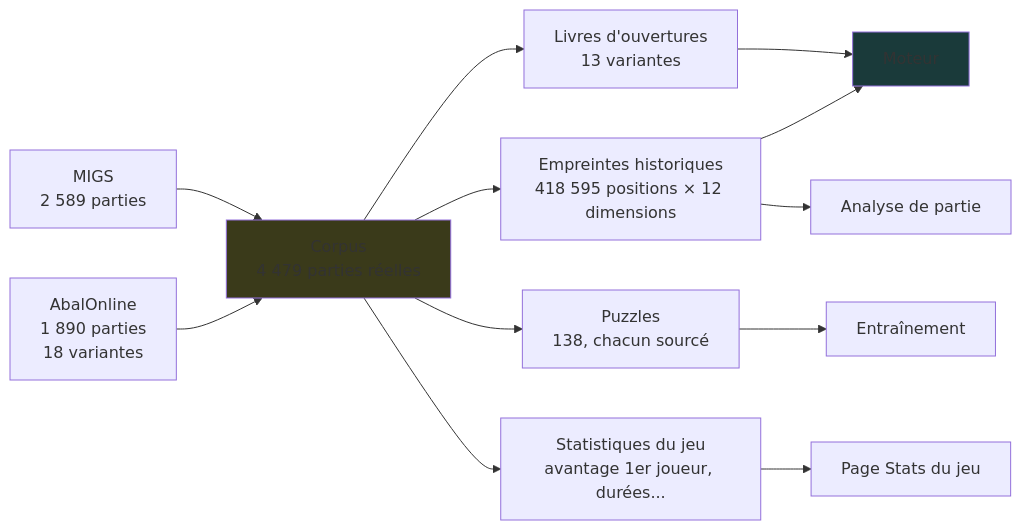
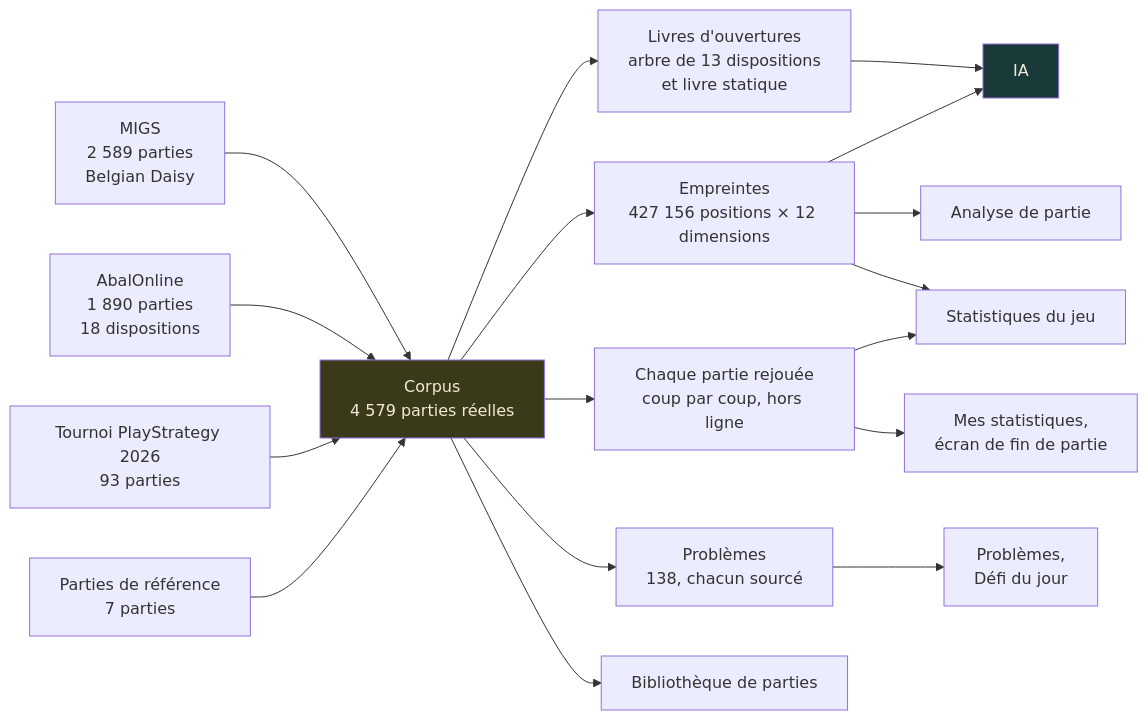
One commit to ocj94/Abalassembly changed the second of 3 diagrams in docs-fr/Architecture.fr.md. Above: the diagram before and after it, drawn with Mermaid. The commit also changed other lines of this file and 17 other files, not shown here.

First line of the commit message:
v2.66 : la page Architecture remise a jour -- verifiee contre le code (elle datait de la v2.39), lisible sur telephone, en anglais

````diff
--- a/docs-fr/Architecture.fr.md
+++ b/docs-fr/Architecture.fr.md
@@ -52,19 +60,24 @@
 ```mermaid
 flowchart LR
-    S1[MIGS<br/>2 589 parties] --> C[Corpus<br/>4 479 parties réelles]
-    S2[AbalOnline<br/>1 890 parties<br/>18 variantes] --> C
+    S1[MIGS<br/>2 589 parties<br/>Belgian Daisy] --> C[Corpus<br/>4 579 parties réelles]
+    S2[AbalOnline<br/>1 890 parties<br/>18 dispositions] --> C
+    S3[Tournoi PlayStrategy 2026<br/>93 parties] --> C
+    S4[Parties de référence<br/>7 parties] --> C
 
-    C --> O[Livres d'ouvertures<br/>13 variantes]
-    C --> E[Empreintes historiques<br/>418 595 positions × 12 dimensions]
-    C --> P[Puzzles<br/>138, chacun sourcé]
-    C --> ST[Statistiques du jeu<br/>avantage 1er joueur, durées...]
+    C --> O[Livres d'ouvertures<br/>arbre de 13 dispositions<br/>et livre statique]
+    C --> E[Empreintes<br/>427 156 positions × 12 dimensions]
+    C --> R[Chaque partie rejouée<br/>coup par coup, hors ligne]
+    C --> P[Problèmes<br/>138, chacun sourcé]
+    C --> L[Bibliothèque de parties]
 
-    O --> AI[Moteur]
+    O --> AI[IA]
+    E --> AI
     E --> AN[Analyse de partie]
-    E --> AI
-    P --> EN[Entraînement]
-    ST --> W[Page Stats du jeu]
+    E --> ST[Statistiques du jeu]
+    R --> ST
+    R --> MS[Mes statistiques,<br/>écran de fin de partie]
+    P --> PB[Problèmes,<br/>Défi du jour]
 
-    style C fill:#3a3a1a
-    style AI fill:#1a3a3a
+    style C fill:#3a3a1a,color:#f0ead6
+    style AI fill:#1a3a3a,color:#f0ead6
 ```
````
